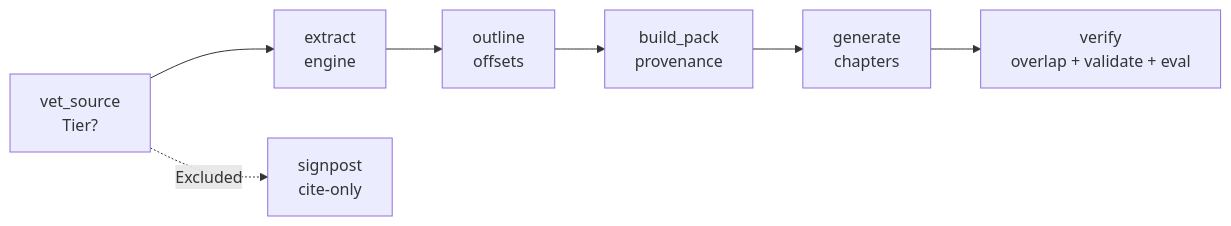
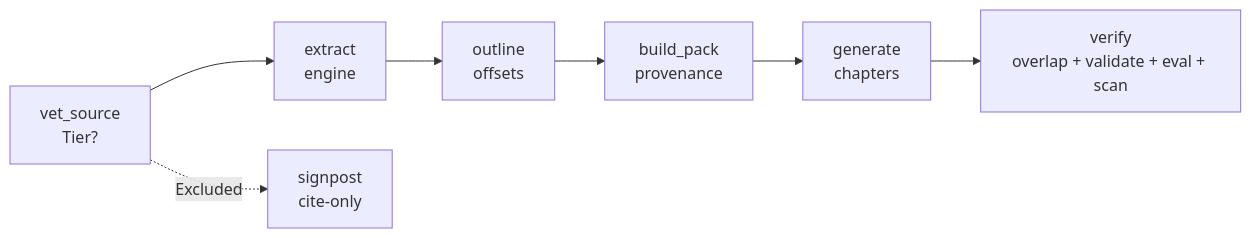
Before and after one commit to jgsystemsconsulting/jgs-reference-skill: the diagram in README.md, drawn with Mermaid. The commit also changed other lines of this file and 1 other file, not shown here.

First line of the commit message:
docs(step9): four-gate verify wording across SKILL.md and README

````diff
--- a/README.md
+++ b/README.md
@@ -36,9 +36,9 @@
 ```mermaid
 flowchart LR
   V["vet_source<br/>Tier?"] --> E["extract<br/>engine"]
   E --> O["outline<br/>offsets"]
   O --> B["build_pack<br/>provenance"]
   B --> G["generate<br/>chapters"]
-  G --> Y["verify<br/>overlap + validate + eval"]
+  G --> Y["verify<br/>overlap + validate + eval + scan"]
   V -. "Excluded" .-> S["signpost<br/>cite-only"]
 ```
````
